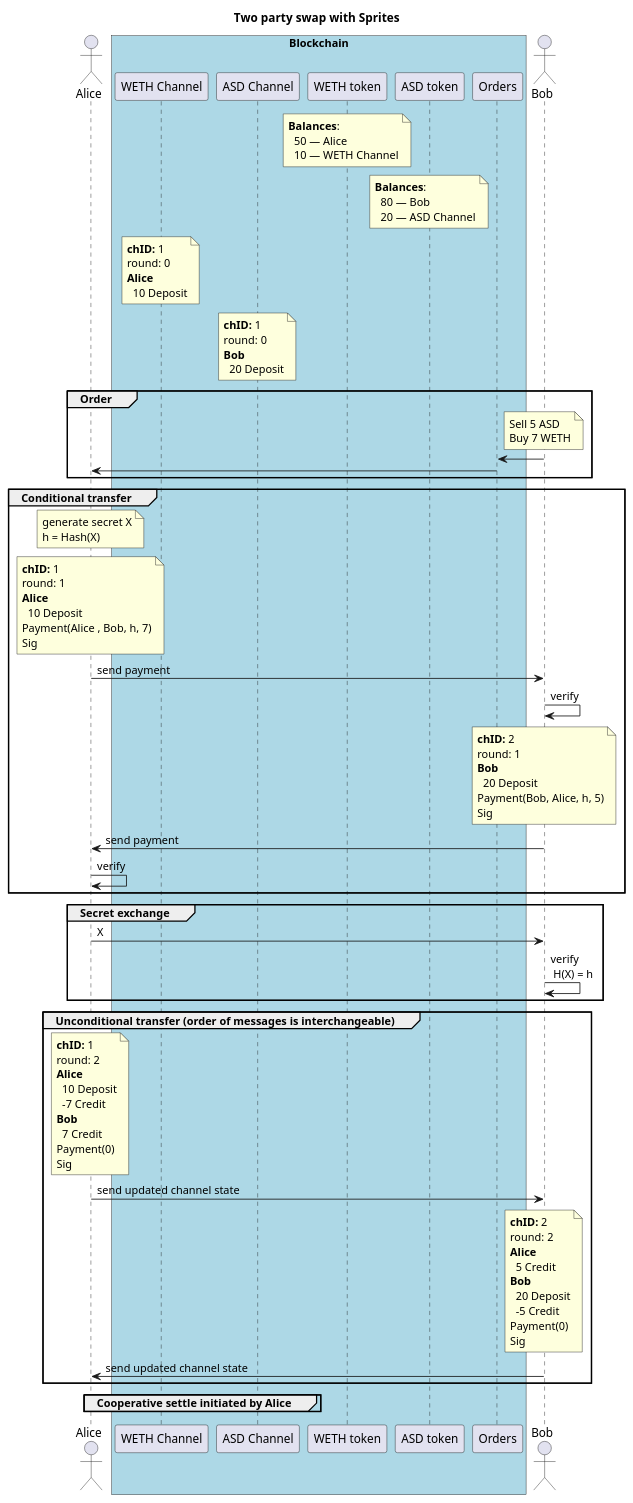
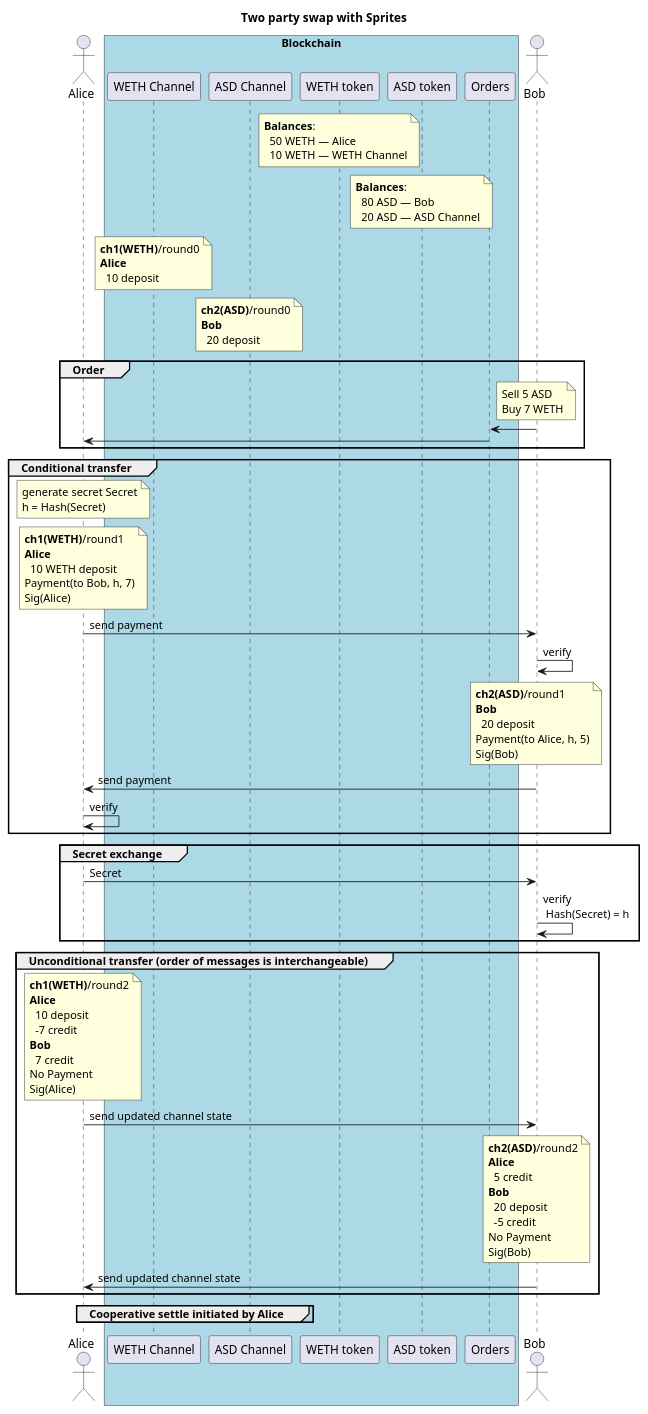
The diagram in src/state_channel/two-party-swap-sprites.puml (enumatech/cljs-abi-viewer), drawn with PlantUML before and after one commit.

Commit message:
Clarify two party swap

```diff
--- a/src/state_channel/two-party-swap-sprites.puml
+++ b/src/state_channel/two-party-swap-sprites.puml
@@ -1,57 +1,56 @@
 @startuml
 title Two party swap with Sprites
 ' Assume we have an open channel with sufficient deposit
 
 actor Alice as A
 
 box "Blockchain" #lightblue
     participant "WETH Channel" as wethch
     participant "ASD Channel" as asdch
     participant "WETH token" as weth
     participant "ASD token" as asd
     participant "Orders" as O
     end box
 
 actor Bob as B
 
-note over weth: **Balances**:\n  50 — Alice\n  10 — WETH Channel
-note over asd: **Balances**:\n  80 — Bob\n  20 — ASD Channel
+note over weth: **Balances**:\n  50 WETH — Alice\n  10 WETH — WETH Channel
+note over asd: **Balances**:\n  80 ASD — Bob\n  20 ASD — ASD Channel
 
-note over wethch: **chID:** 1\nround: 0\n**Alice**\n  10 Deposit
-
-note over asdch: **chID:** 1\nround: 0\n**Bob**\n  20 Deposit
+note over wethch: **ch1(WETH)**/round0\n**Alice**\n  10 deposit
+note over asdch: **ch2(ASD)**/round0\n**Bob**\n  20 deposit
 
 group Order
     note over B: Sell 5 ASD\nBuy 7 WETH
     B -> O:
     O -> A:
 end
 
 group Conditional transfer
-    note over A: generate secret X\nh = Hash(X)
-    note over A: **chID:** 1\nround: 1\n**Alice**\n  10 Deposit\nPayment(Alice , Bob, h, 7)\nSig
+    note over A: generate secret Secret\nh = Hash(Secret)
+    note over A: **ch1(WETH)**/round1\n**Alice**\n  10 WETH deposit\nPayment(to Bob, h, 7)\nSig(Alice)
     A -> B: send payment
     B -> B: verify
-    note over B: **chID:** 2\nround: 1\n**Bob**\n  20 Deposit\nPayment(Bob, Alice, h, 5)\nSig
+    note over B: **ch2(ASD)**/round1\n**Bob**\n  20 deposit\nPayment(to Alice, h, 5)\nSig(Bob)
     B -> A: send payment
     A -> A: verify
 end
 
 group Secret exchange
- A -> B: X
- B -> B: verify \n H(X) = h
+ A -> B: Secret
+ B -> B: verify \n Hash(Secret) = h
 end
 
 group Unconditional transfer (order of messages is interchangeable)
-    note over A: **chID:** 1\nround: 2\n**Alice**\n  10 Deposit\n  -7 Credit\n**Bob**\n  7 Credit\nPayment(0)\nSig
+    note over A: **ch1(WETH)**/round2\n**Alice**\n  10 deposit\n  -7 credit\n**Bob**\n  7 credit\nNo Payment\nSig(Alice)
 
     A -> B: send updated channel state
 
-    note over B: **chID:** 2\nround: 2\n**Alice**\n  5 Credit\n**Bob**\n  20 Deposit\n  -5 Credit\nPayment(0)\nSig
+    note over B: **ch2(ASD)**/round2\n**Alice**\n  5 credit\n**Bob**\n  20 deposit\n  -5 credit\nNo Payment\nSig(Bob)
     B -> A: send updated channel state
 end
 
 group Cooperative settle initiated by Alice
 end
 
 @enduml
```
